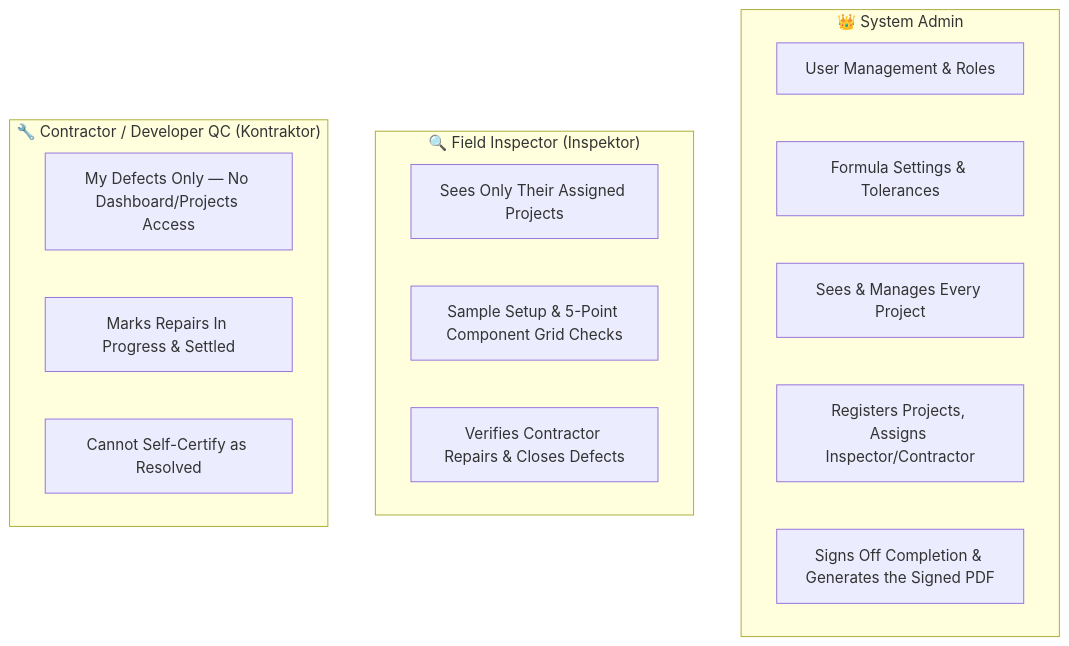
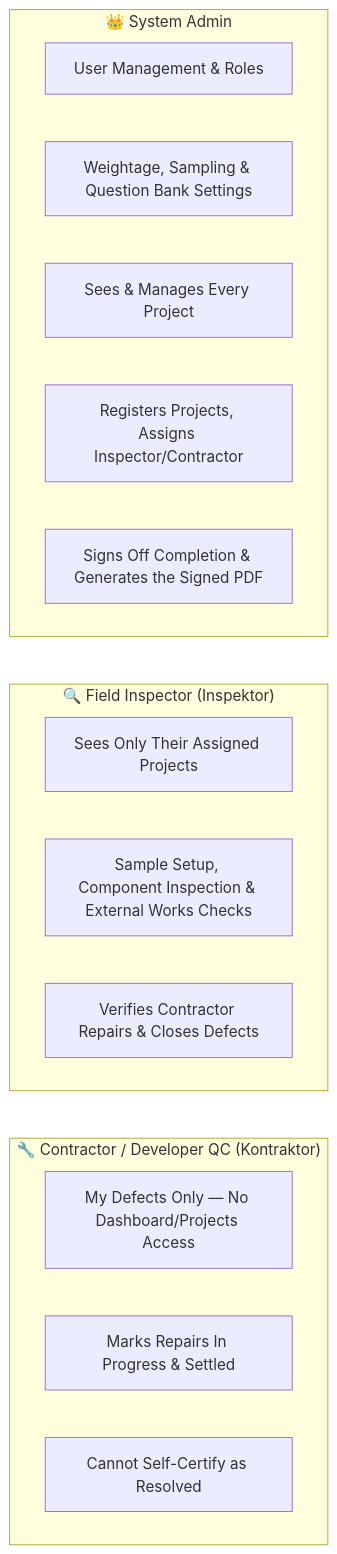
One commit to muqrizmarzuki/eidsv2 changed the second of 4 diagrams in docs/USER_MANUAL.md. Above: the diagram before and after it, drawn with Mermaid. The commit also changed other lines of this file and 19 other files, not shown here.

````diff
--- a/docs/USER_MANUAL.md
+++ b/docs/USER_MANUAL.md
@@ -33,22 +36,24 @@
 ```mermaid
 graph TD
     subgraph Admin ["👑 System Admin"]
         A1["User Management & Roles"]
-        A2["Formula Settings & Tolerances"]
+        A2["Weightage, Sampling & Question Bank Settings"]
         A3["Sees & Manages Every Project"]
         A4["Registers Projects, Assigns Inspector/Contractor"]
         A5["Signs Off Completion & Generates the Signed PDF"]
     end
 
     subgraph Inspector ["🔍 Field Inspector (Inspektor)"]
         B1["Sees Only Their Assigned Projects"]
-        B2["Sample Setup & 5-Point Component Grid Checks"]
+        B2["Sample Setup, Component Inspection & External Works Checks"]
         B3["Verifies Contractor Repairs & Closes Defects"]
     end
 
     subgraph Contractor ["🔧 Contractor / Developer QC (Kontraktor)"]
         C1["My Defects Only — No Dashboard/Projects Access"]
         C2["Marks Repairs In Progress & Settled"]
         C3["Cannot Self-Certify as Resolved"]
     end
+
+    Admin ~~~ Inspector ~~~ Contractor
 ```
````
